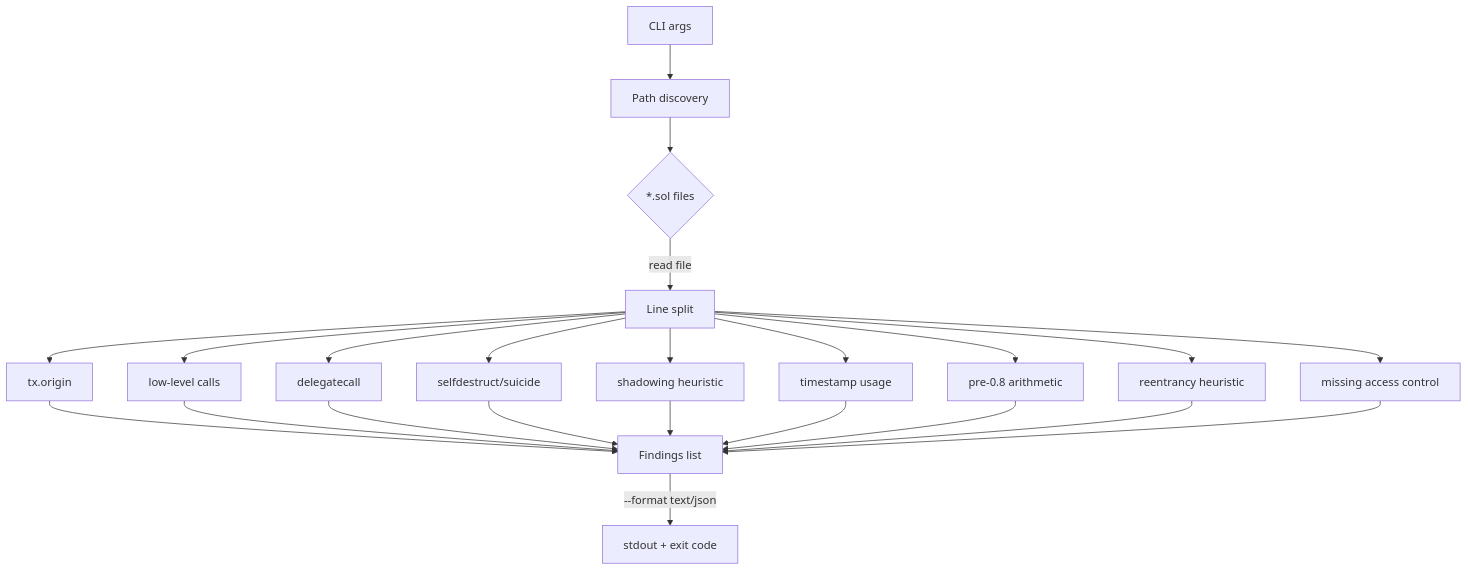
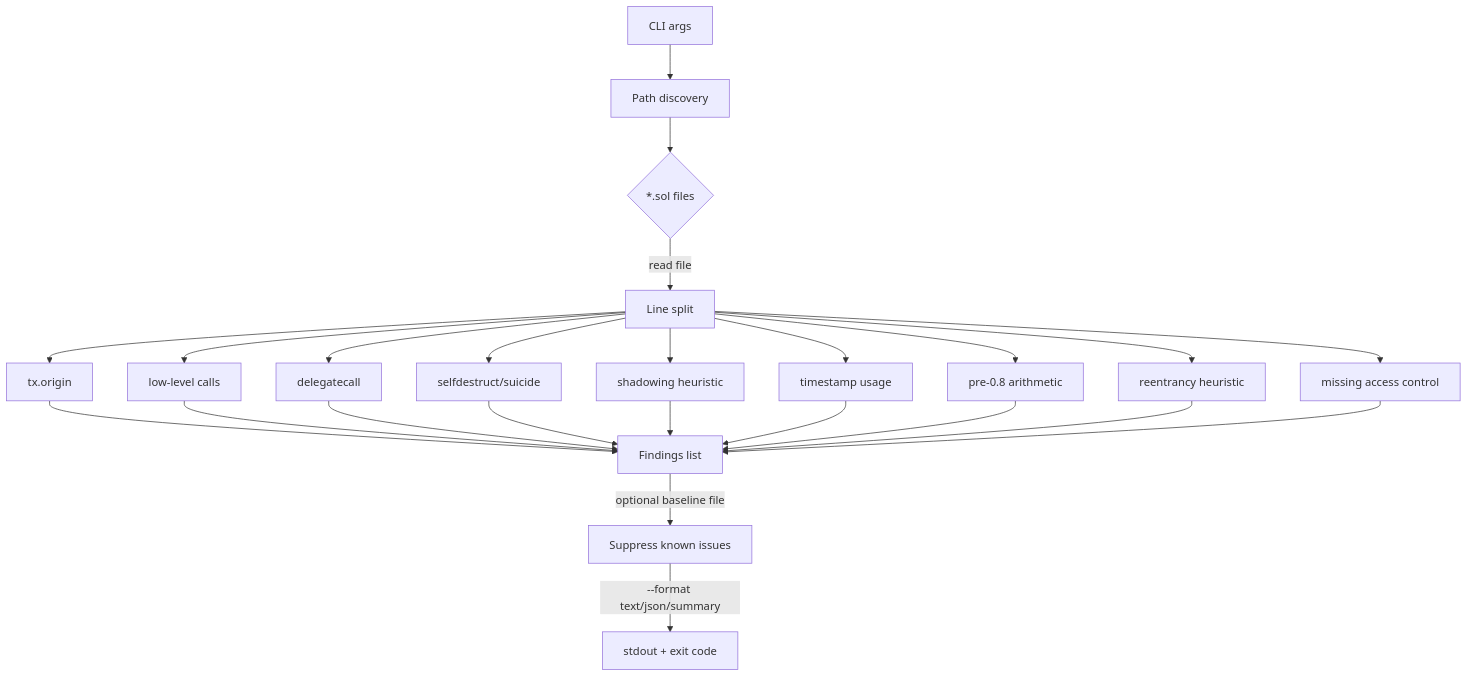
The diagram in README.md (SibghatUllah1997/audit-agent-py), drawn with Mermaid before and after one commit. The commit also changed other lines of this file and 4 other files, not shown here.

````diff
--- a/README.md
+++ b/README.md
@@ -121,17 +157,18 @@
 ```mermaid
 flowchart TD
     A[CLI args] --> B[Path discovery]
     B --> C{*.sol files}
     C -->|read file| D[Line split]
     D --> E1[tx.origin]
     D --> E2[low-level calls]
     D --> E3[delegatecall]
     D --> E4[selfdestruct/suicide]
     D --> E5[shadowing heuristic]
     D --> E6[timestamp usage]
     D --> E7[pre-0.8 arithmetic]
     D --> E8[reentrancy heuristic]
     D --> E9[missing access control]
     E1 & E2 & E3 & E4 & E5 & E6 & E7 & E8 & E9 --> F[Findings list]
-    F -->|--format text/json| G[stdout + exit code]
+    F -->|optional baseline file| G[Suppress known issues]
+    G -->|--format text/json/summary| H[stdout + exit code]
 ```
````
